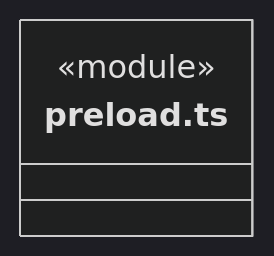
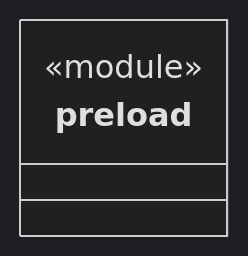
The diagram in src/bridge/preload/ARCHITECTURE.md (nan023062/cbim), drawn with Mermaid (dark theme) before and after one commit. The commit also changed other lines of this file and 158 other files, not shown here.

Commit message:
docs: model architecture through nested virtual encapsulations

````diff
--- a/src/bridge/preload/ARCHITECTURE.md
+++ b/src/bridge/preload/ARCHITECTURE.md
@@ -55,6 +19,7 @@
 ```mermaid
 classDiagram
-class N_src_bridge_preload_preload_ts["preload.ts"] {
+class N_d2f8ac578407["preload"] {
   <<module>>
 }
+click N_d2f8ac578407 href "preload.ts"
 ```
````
